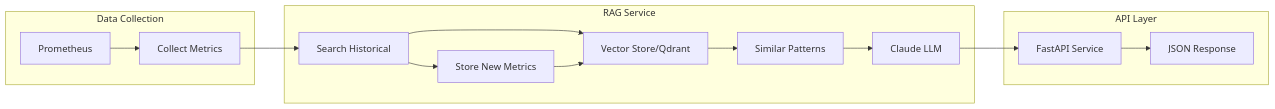
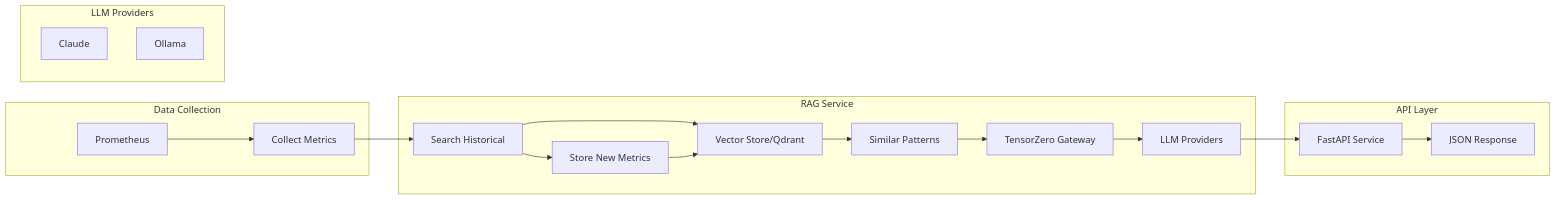
Before and after one commit to awcodify/ragnarock: the diagram in README.md, drawn with Mermaid. The commit also changed other lines of this file and 1 other file, not shown here.

Commit message:
update readme for tensor zero and run dependencies

````diff
--- a/README.md
+++ b/README.md
@@ -15,20 +13,26 @@
 ```mermaid
 graph LR
     subgraph Data Collection
         Prometheus --> CollectMetrics[Collect Metrics]
     end
 
     subgraph RAG Service
         CollectMetrics --> SearchHistorical[Search Historical]
         SearchHistorical --> VectorStore[Vector Store/Qdrant]
         VectorStore --> Analysis[Similar Patterns]
-        Analysis --> Claude[Claude LLM]
+        Analysis --> TensorZero[TensorZero Gateway]
+        TensorZero --> LLMProviders[LLM Providers]
         SearchHistorical --> StoreNew[Store New Metrics]
         StoreNew --> VectorStore
     end
 
+    subgraph LLM Providers
+        Claude[Claude] 
+        Ollama[Ollama]
+    end
+
     subgraph API Layer
-        Claude --> APIEndpoints[FastAPI Service]
+        LLMProviders --> APIEndpoints[FastAPI Service]
         APIEndpoints --> Response[JSON Response]
     end
 ```
````
